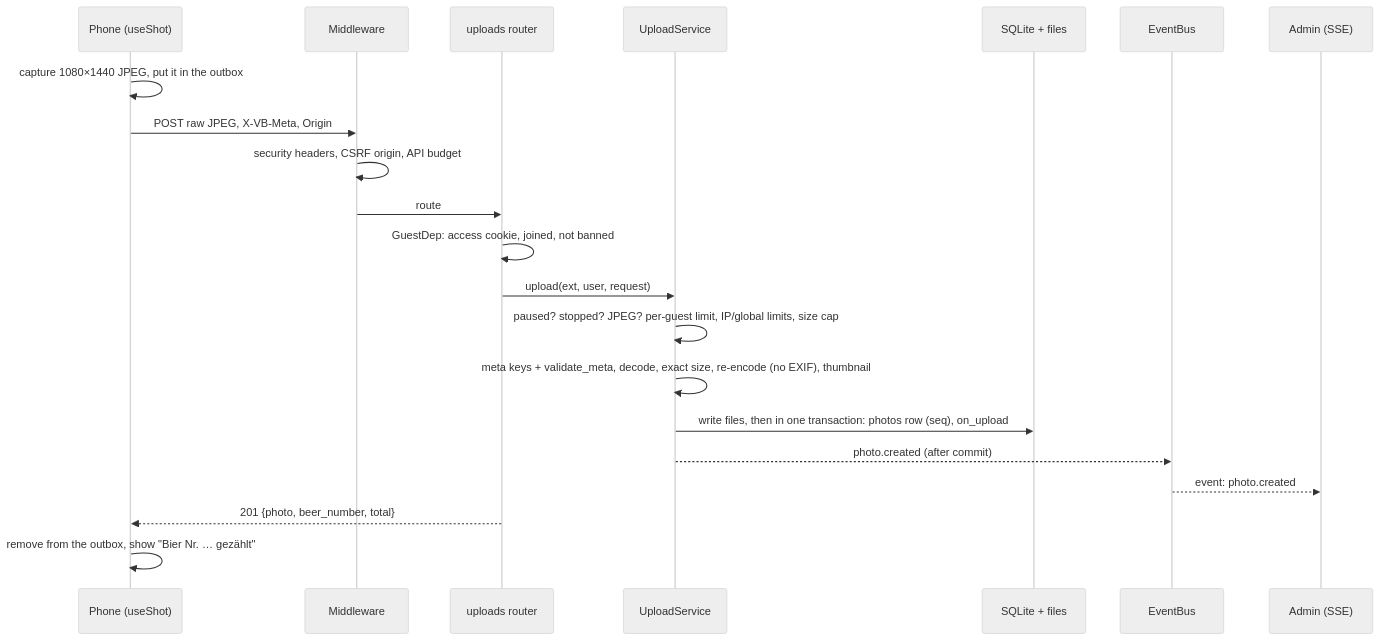
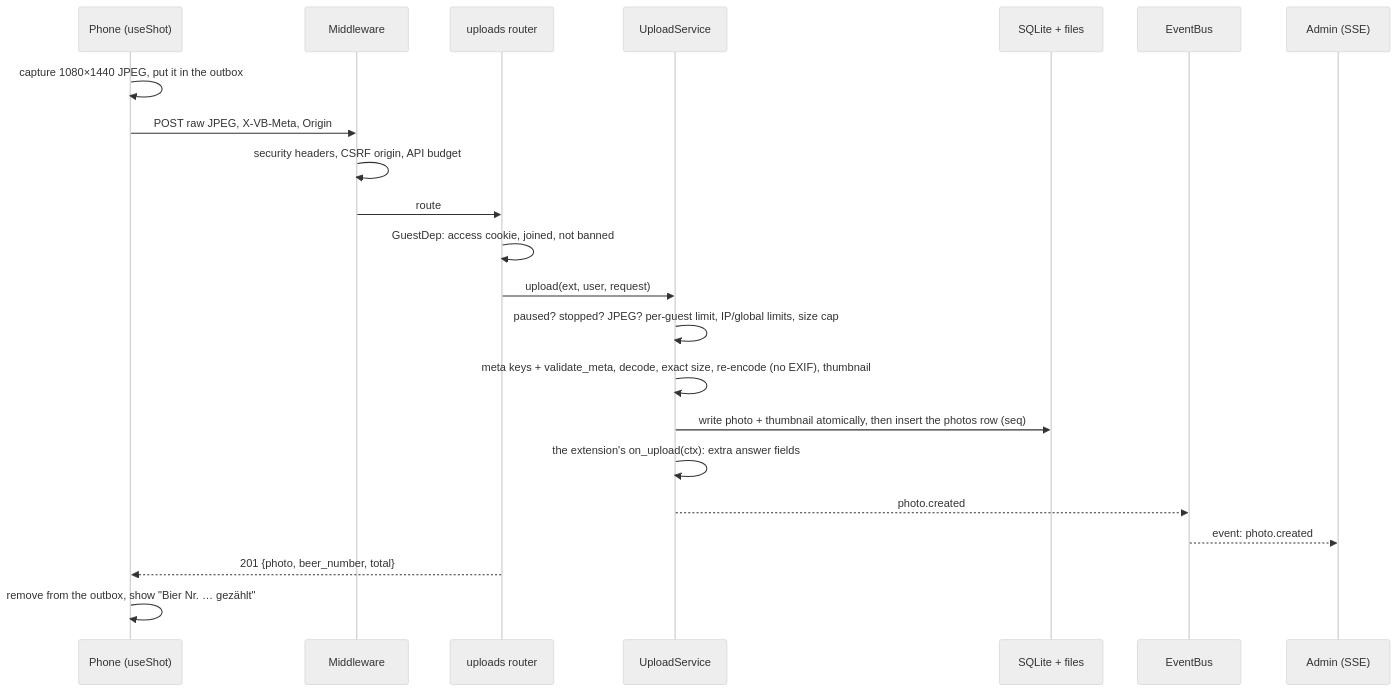
One commit to eneuberg/virtubooth changed the second of 5 diagrams in docs/ARCHITECTURE.md. Above: the diagram before and after it, drawn with Mermaid (neutral theme). The commit also changed 1 other file, not shown here.

Commit message:
Docs: the per-guest pause lives on the guest page; on_upload runs after the insert

````diff
--- a/docs/ARCHITECTURE.md
+++ b/docs/ARCHITECTURE.md
@@ -83,23 +83,24 @@
 ```mermaid
 sequenceDiagram
   participant P as Phone (useShot)
   participant M as Middleware
   participant R as uploads router
   participant S as UploadService
   participant DB as SQLite + files
   participant B as EventBus
   participant A as Admin (SSE)
   P->>P: capture 1080×1440 JPEG, put it in the outbox
   P->>M: POST raw JPEG, X-VB-Meta, Origin
   M->>M: security headers, CSRF origin, API budget
   M->>R: route
   R->>R: GuestDep: access cookie, joined, not banned
   R->>S: upload(ext, user, request)
   S->>S: paused? stopped? JPEG? per-guest limit, IP/global limits, size cap
   S->>S: meta keys + validate_meta, decode, exact size, re-encode (no EXIF), thumbnail
-  S->>DB: write files, then in one transaction: photos row (seq), on_upload
-  S-->>B: photo.created (after commit)
+  S->>DB: write photo + thumbnail atomically, then insert the photos row (seq)
+  S->>S: the extension's on_upload(ctx): extra answer fields
+  S-->>B: photo.created
   B-->>A: event: photo.created
   R-->>P: 201 {photo, beer_number, total}
   P->>P: remove from the outbox, show "Bier Nr. … gezählt"
 ```
````
